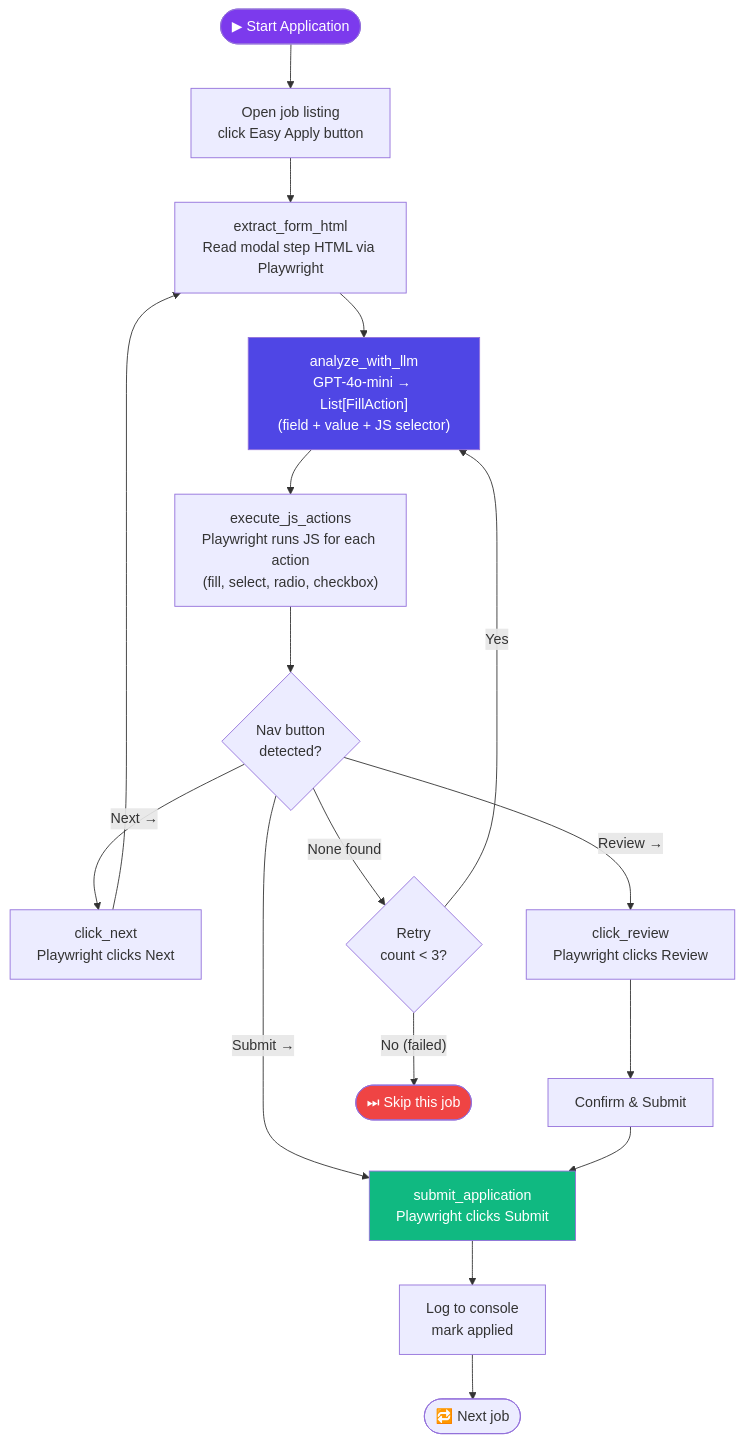
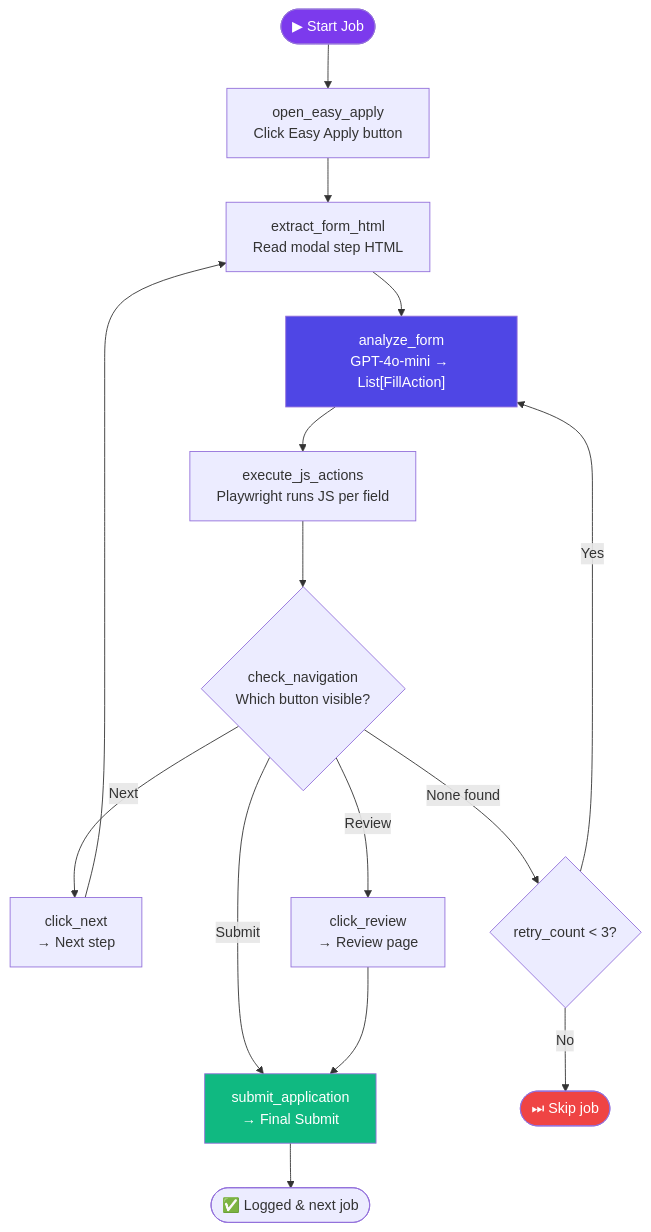
The second of 3 diagrams in README.md (akashcodejames/Agentic_Job_Apply), drawn with Mermaid before and after one commit. The commit also changed other lines of this file, not shown here.

Commit message:
docs: fix Mermaid diagrams - replace \n with br/, use actual node names

````diff
--- a/README.md
+++ b/README.md
@@ -51,24 +51,35 @@
 ```mermaid
 flowchart TD
-    START([▶ Start Application]) --> OPEN["Open job listing\nclick Easy Apply button"]
-    OPEN --> EXTRACT["extract_form_html\nRead modal step HTML via Playwright"]
-    EXTRACT --> LLM["analyze_with_llm\nGPT-4o-mini → List[FillAction]\n(field + value + JS selector)"]
-    LLM --> EXEC["execute_js_actions\nPlaywright runs JS for each action\n(fill, select, radio, checkbox)"]
-    EXEC --> CHECK{"Nav button\ndetected?"}
-    CHECK -- "Next →" --> CLICK_NEXT["click_next\nPlaywright clicks Next"]
-    CHECK -- "Review →" --> CLICK_REVIEW["click_review\nPlaywright clicks Review"]
-    CHECK -- "Submit →" --> SUBMIT["submit_application\nPlaywright clicks Submit"]
-    CHECK -- "None found" --> RETRY{"Retry\ncount < 3?"}
-    CLICK_NEXT --> EXTRACT
-    CLICK_REVIEW --> CONFIRM["Confirm & Submit"]
-    CONFIRM --> SUBMIT
-    RETRY -- "Yes" --> LLM
-    RETRY -- "No (failed)" --> SKIP([⏭ Skip this job])
-    SUBMIT --> LOG["Log to console\nmark applied"]
-    LOG --> NEXT_JOB([🔁 Next job])
+    start_job(["▶ Start Job"]) --> open_easy_apply
 
-    style START fill:#7c3aed,color:#fff
-    style SUBMIT fill:#10b981,color:#fff
-    style SKIP fill:#ef4444,color:#fff
-    style LLM fill:#4f46e5,color:#fff
+    open_easy_apply["open_easy_apply<br/>Click Easy Apply button"]
+    extract_form_html["extract_form_html<br/>Read modal step HTML"]
+    analyze_form["analyze_form<br/>GPT-4o-mini → List[FillAction]"]
+    execute_js_actions["execute_js_actions<br/>Playwright runs JS per field"]
+    check_navigation{"check_navigation<br/>Which button visible?"}
+    click_next["click_next<br/>→ Next step"]
+    click_review["click_review<br/>→ Review page"]
+    submit_application["submit_application<br/>→ Final Submit"]
+    retry_or_skip{"retry_count < 3?"}
+    log_success(["✅ Logged & next job"])
+    skip_job(["⏭ Skip job"])
+
+    open_easy_apply --> extract_form_html
+    extract_form_html --> analyze_form
+    analyze_form --> execute_js_actions
+    execute_js_actions --> check_navigation
+    check_navigation -- "Next" --> click_next
+    check_navigation -- "Review" --> click_review
+    check_navigation -- "Submit" --> submit_application
+    check_navigation -- "None found" --> retry_or_skip
+    click_next --> extract_form_html
+    click_review --> submit_application
+    submit_application --> log_success
+    retry_or_skip -- "Yes" --> analyze_form
+    retry_or_skip -- "No" --> skip_job
+
+    style start_job fill:#7c3aed,color:#fff
+    style submit_application fill:#10b981,color:#fff
+    style skip_job fill:#ef4444,color:#fff
+    style analyze_form fill:#4f46e5,color:#fff
 ```
````
